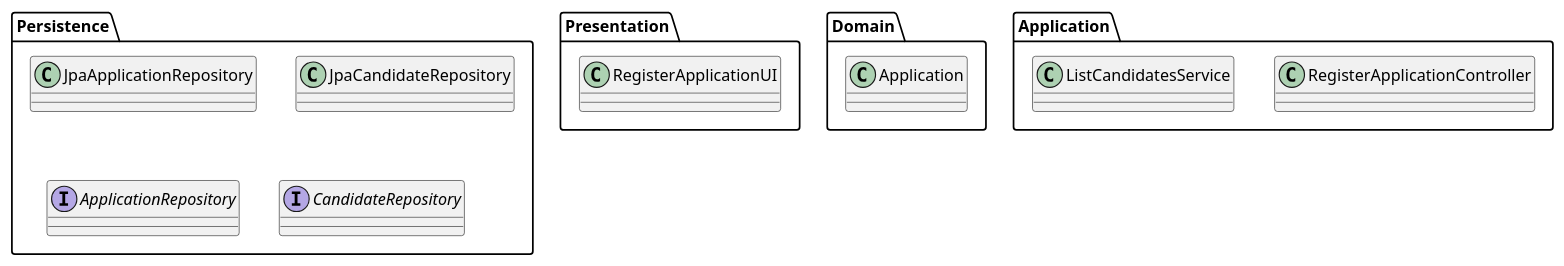
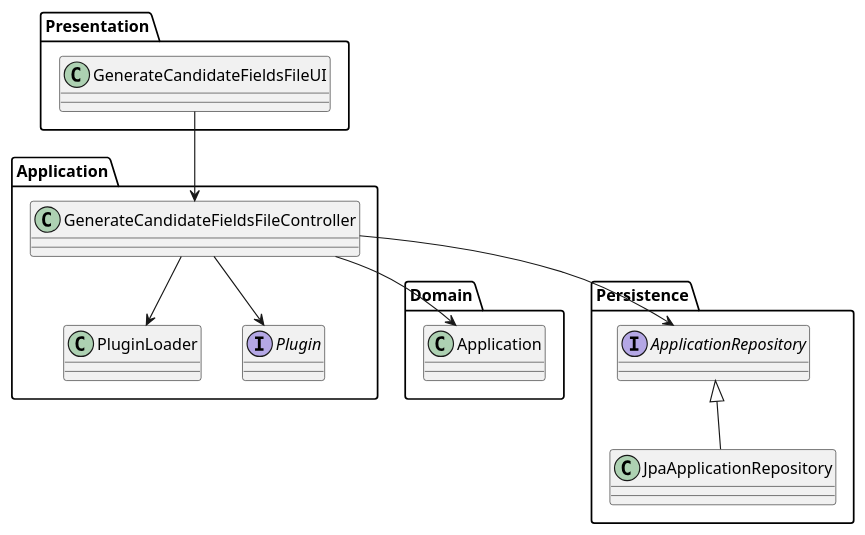
The diagram in docs/Sprint B/us_2003/class-diagram-01.puml (Goncalves2525/Jobs4U-Talent-Acquisition-Management-System), drawn with PlantUML before and after one commit. The commit also changed 8 other files, not shown here.

Commit message:
Amended documentations with missing diagram for US 2003 #35

```diff
--- a/docs/Sprint B/us_2003/class-diagram-01.puml
+++ b/docs/Sprint B/us_2003/class-diagram-01.puml
@@ -1,27 +1,29 @@
 @startuml
 
 package Presentation {
-    class RegisterApplicationUI
+    class GenerateCandidateFieldsFileUI
 }
 
 package Domain {
     class Application
 }
 
 package Persistence {
     class JpaApplicationRepository
-    class JpaCandidateRepository
     interface ApplicationRepository
-    interface CandidateRepository
 }
 
 package Application {
-    class RegisterApplicationController
-    class ListCandidatesService
+    class GenerateCandidateFieldsFileController
+    class PluginLoader
+    interface Plugin
 }
 
-
-'TODO
-
+Presentation.GenerateCandidateFieldsFileUI --> Application.GenerateCandidateFieldsFileController
+Application.GenerateCandidateFieldsFileController --> Application.PluginLoader
+Application.GenerateCandidateFieldsFileController --> Persistence.ApplicationRepository
+Persistence.ApplicationRepository <|-- Persistence.JpaApplicationRepository
+Application.GenerateCandidateFieldsFileController --> Domain.Application
+Application.GenerateCandidateFieldsFileController --> Application.Plugin
 
 @enduml
```
